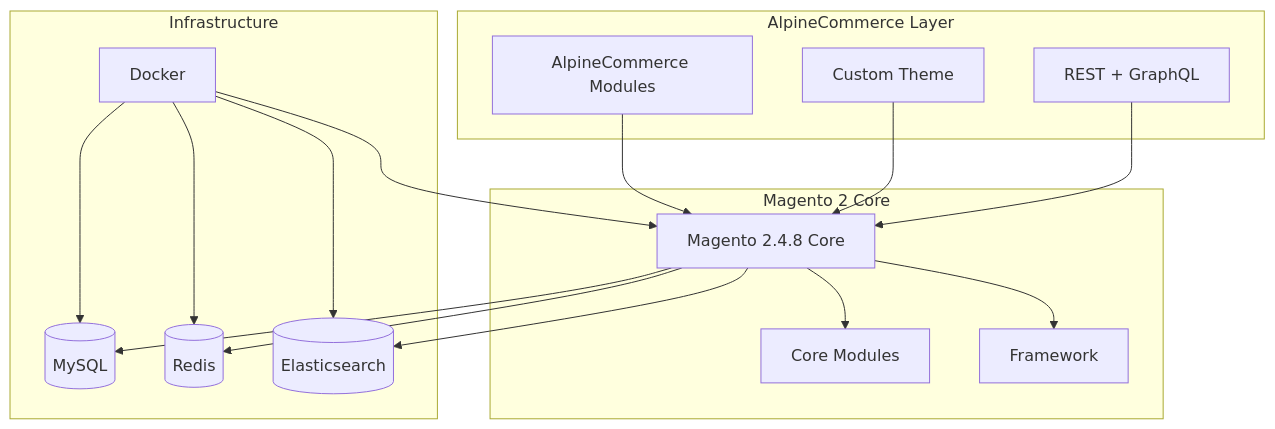
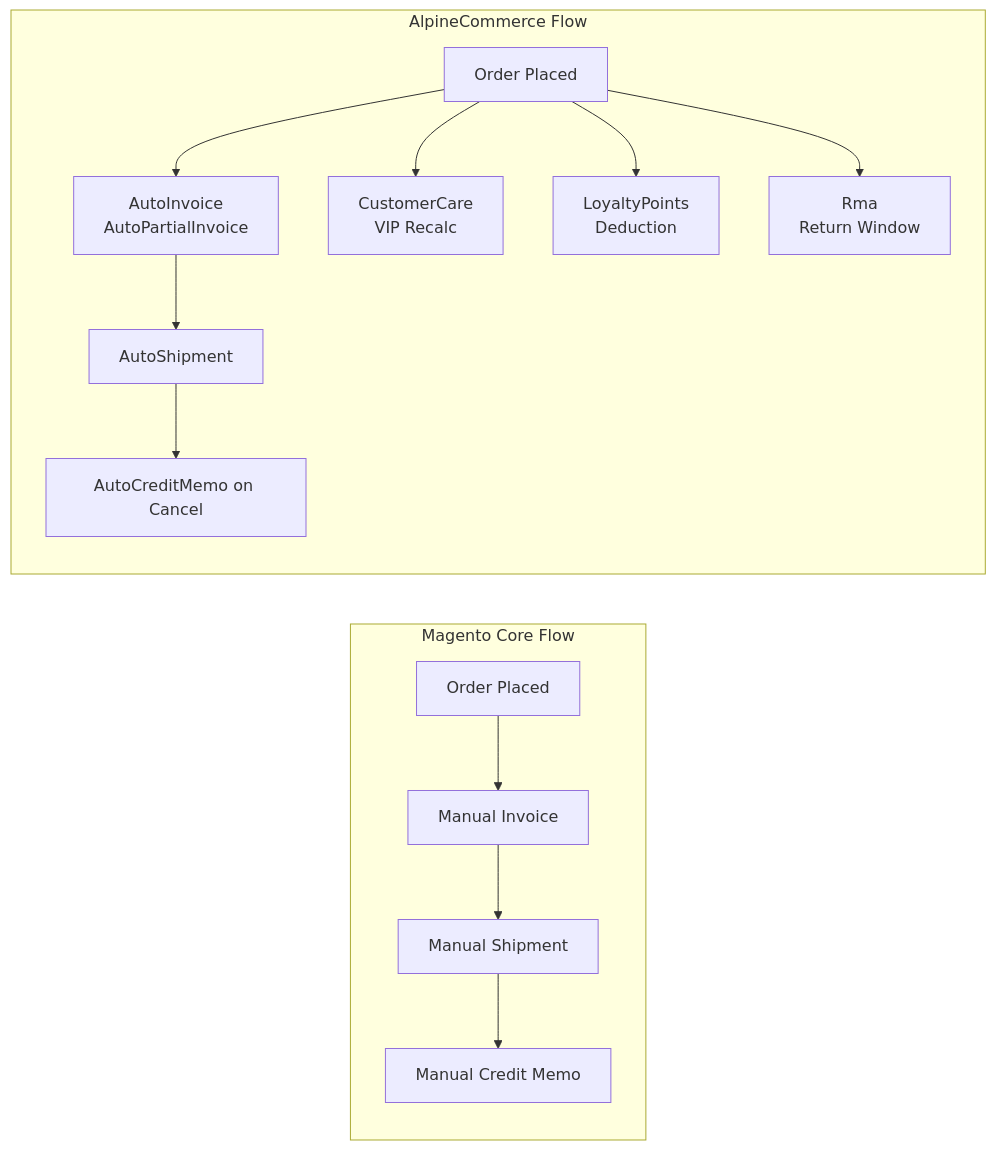
Before and after one commit to Boutayna4321/magento2: the first of 6 diagrams in ALPINECOMMERCE_PROJECT_SUMMARY.md, drawn with Mermaid. The commit also changed other lines of this file, not shown here.

Commit message:
docs: rewrite AlpineCommerce project summary with flows, rationale, and DB details

````diff
--- a/ALPINECOMMERCE_PROJECT_SUMMARY.md
+++ b/ALPINECOMMERCE_PROJECT_SUMMARY.md
@@ -472,36 +79,17 @@
 ```mermaid
-graph TB
-    subgraph "Magento 2 Core"
-        CORE[Magento 2.4.8 Core]
-        MODULES[Core Modules]
-        FRAMEWORK[Framework]
+graph LR
+    subgraph "Magento Core Flow"
+        C1[Order Placed] --> C2[Manual Invoice]
+        C2 --> C3[Manual Shipment]
+        C3 --> C4[Manual Credit Memo]
     end
     
-    subgraph "AlpineCommerce Layer"
-        AC[AlpineCommerce Modules]
-        THEME[Custom Theme]
-        API[REST + GraphQL]
+    subgraph "AlpineCommerce Flow"
+        A1[Order Placed] --> A2[AutoInvoice<br/>AutoPartialInvoice]
+        A2 --> A3[AutoShipment]
+        A3 --> A4[AutoCreditMemo on Cancel]
+        A1 --> A5[CustomerCare<br/>VIP Recalc]
+        A1 --> A6[LoyaltyPoints<br/>Deduction]
+        A1 --> A7[Rma<br/>Return Window]
     end
-    
-    subgraph "Infrastructure"
-        DOCKER[Docker]
-        DB[(MySQL)]
-        REDIS[(Redis)]
-        ES[(Elasticsearch)]
-    end
-    
-    CORE --> MODULES
-    CORE --> FRAMEWORK
-    AC --> CORE
-    THEME --> CORE
-    API --> CORE
-    
-    CORE --> DB
-    CORE --> REDIS
-    CORE --> ES
-    
-    DOCKER --> CORE
-    DOCKER --> DB
-    DOCKER --> REDIS
-    DOCKER --> ES
 ```
````
